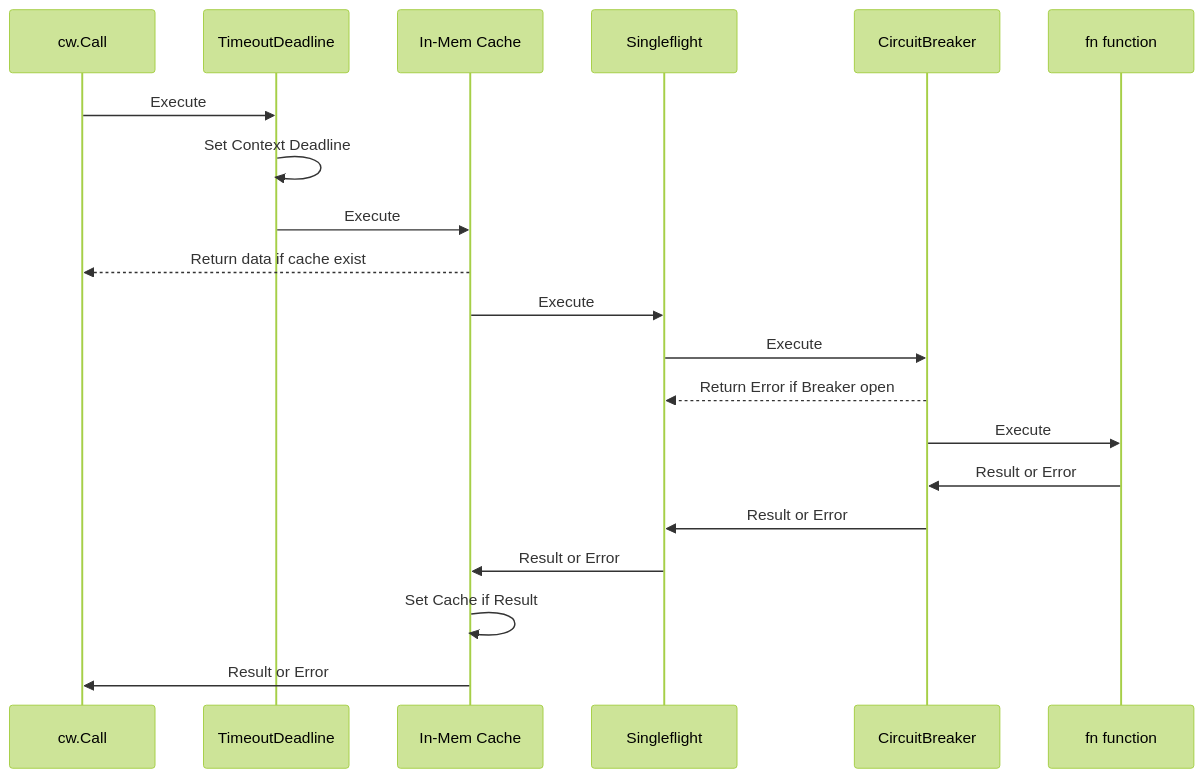
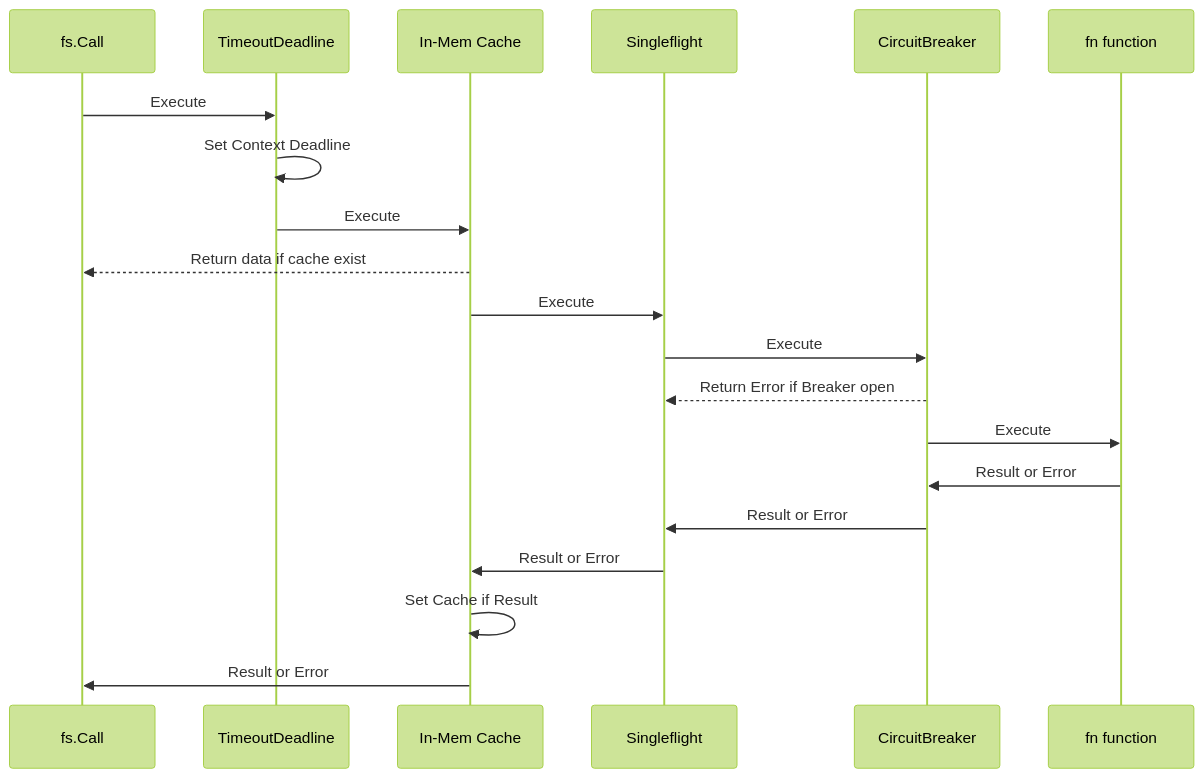
Before and after one commit to rizanw/go-failsafecall: the diagram in README.md, drawn with Mermaid (forest theme). The commit also changed other lines of this file and 11 other files, not shown here.

````diff
--- a/README.md
+++ b/README.md
@@ -103,22 +103,22 @@
 ```mermaid
 sequenceDiagram
-    participant cw as cw.Call
+    participant fs as fs.Call
     participant td as TimeoutDeadline
     participant c as In-Mem Cache
     participant sf as Singleflight
     participant cb as CircuitBreaker
     participant fn as fn function
-    cw ->> td: Execute
+    fs ->> td: Execute
     td ->> td: Set Context Deadline
     td ->> c: Execute
-    c -->> cw: Return data if cache exist
+    c -->> fs: Return data if cache exist
     c ->> sf: Execute
     sf ->> cb: Execute
     cb -->> sf: Return Error if Breaker open
     cb ->> fn: Execute
     fn ->> cb: Result or Error
     cb ->> sf: Result or Error
     sf ->> c: Result or Error
     c ->> c: Set Cache if Result
-    c ->> cw: Result or Error
+    c ->> fs: Result or Error
 ```
````
